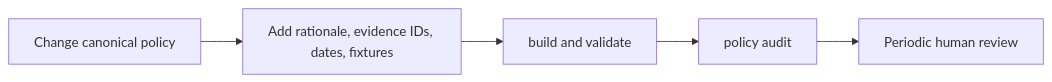
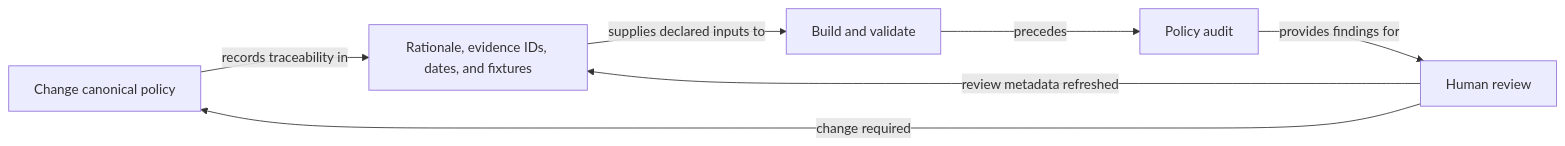
Before and after one commit to ZarrenSpryXplor/ai-engineering-guardrails: the diagram in docs/policy-authoring.md, drawn with Mermaid. The commit also changed other lines of this file and 13 other files, not shown here.

Commit message:
Apply diagramming skill to project.

````diff
--- a/docs/policy-authoring.md
+++ b/docs/policy-authoring.md
@@ -11,7 +13,9 @@
 ```mermaid
 flowchart LR
-  Author[Change canonical policy] --> Evidence[Add rationale, evidence IDs, dates, fixtures]
-  Evidence --> Build[build and validate]
-  Build --> Audit[policy audit]
-  Audit --> Review[Periodic human review]
+  author["Change canonical policy"] -->|records traceability in| evidence["Rationale, evidence IDs, dates, and fixtures"]
+  evidence -->|supplies declared inputs to| build["Build and validate"]
+  build -->|precedes| audit["Policy audit"]
+  audit -->|provides findings for| review["Human review"]
+  review -->|change required| author
+  review -->|review metadata refreshed| evidence
 ```
````
